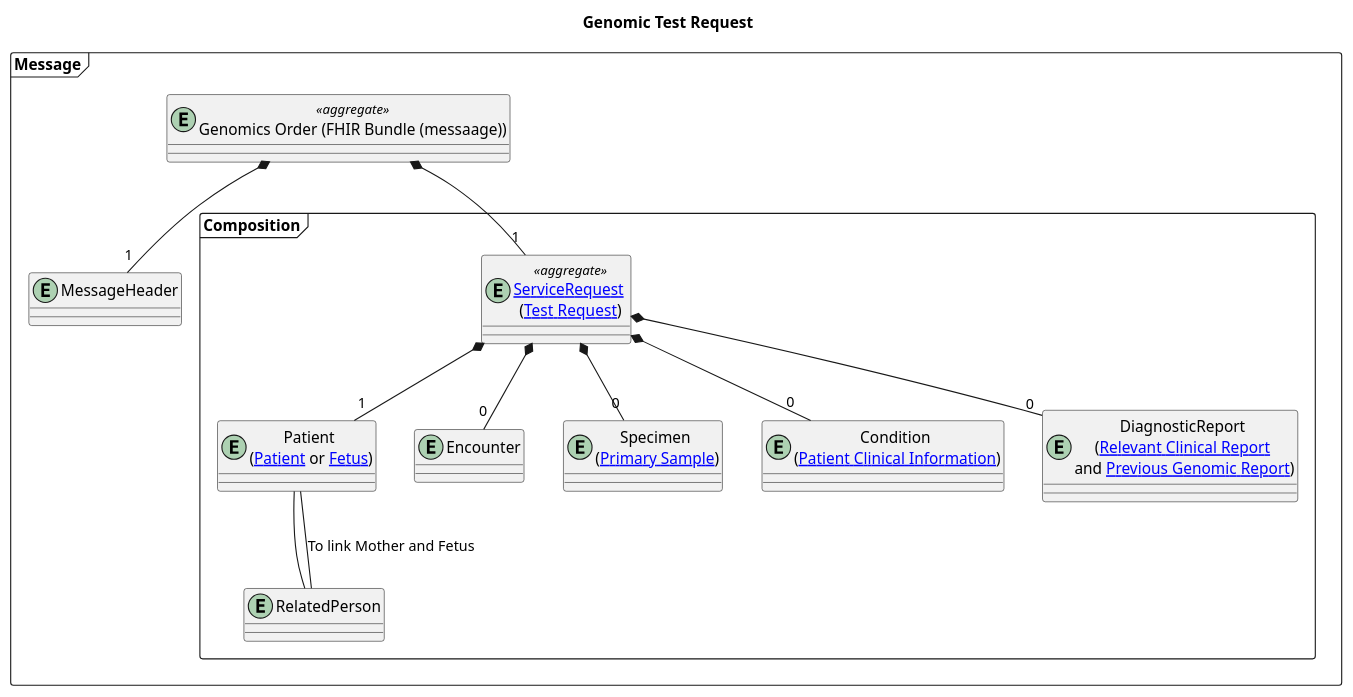
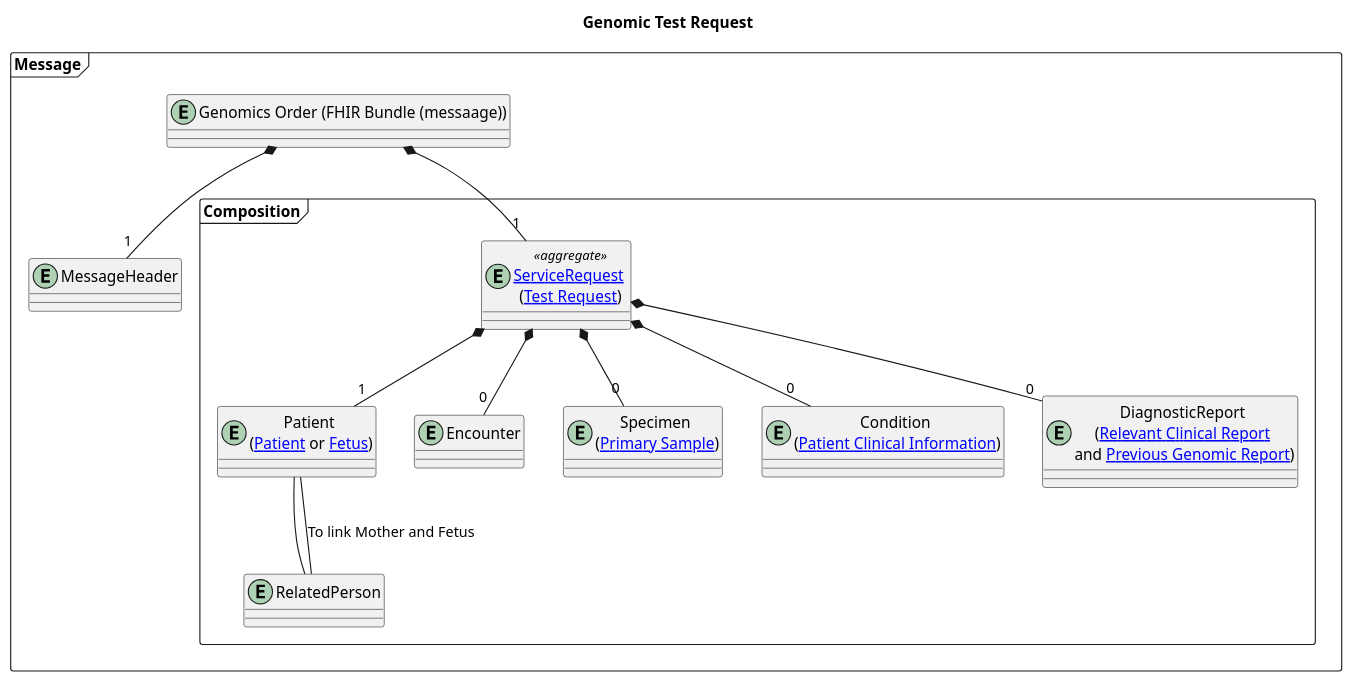
The diagram in input/images-source/orders-model.plantuml (nw-gmsa/nw-gmsa.github.com), drawn with PlantUML before and after one commit. The commit also changed 1 other file, not shown here.

Commit message:
Added entity model

```diff
--- a/input/images-source/orders-model.plantuml
+++ b/input/images-source/orders-model.plantuml
@@ -1,37 +1,37 @@
 @startuml
 
 title "Genomic Test Request"
 
 frame Message {
-entity "Genomics Order (FHIR Bundle (messaage))" as oml  <<aggregate>>
+entity "Genomics Order (FHIR Bundle (messaage))" as oml
 
 entity "MessageHeader" as MSH
 
   frame Composition {
     entity "Patient \n([[https://simplifier.net/guide/fhir-genomics-implementation-guide/Home/Design/Clinicalheadings#Patient Patient]] or [[https://simplifier.net/guide/fhir-genomics-implementation-guide/Home/Design/Clinicalheadings#Fetus Fetus]])" as PID
 
     entity "Encounter" as PV1
 
     entity "[[StructureDefinition-ServiceRequest.html ServiceRequest]] \n([[https://simplifier.net/guide/fhir-genomics-implementation-guide/Home/Design/Clinicalheadings#Test-Request Test Request]])" as ORC <<aggregate>>
 
     entity "Specimen \n([[https://simplifier.net/guide/fhir-genomics-implementation-guide/Home/Design/Clinicalheadings#Primary-Sample Primary Sample]])" as SPM
 
     entity "Condition \n([[https://simplifier.net/guide/fhir-genomics-implementation-guide/Home/Design/Clinicalheadings#Patient-Clinical-Information Patient Clinical Information]])" as DG1
 
     entity "DiagnosticReport \n([[https://simplifier.net/guide/fhir-genomics-implementation-guide/Home/Design/Clinicalheadings#Relevant-Clinical-Report Relevant Clinical Report]] \nand [[https://simplifier.net/guide/fhir-genomics-implementation-guide/Home/Design/Clinicalheadings#Previous-Genomic-Report Previous Genomic Report]])" as OBX
 
     entity "RelatedPerson" as NK1
   }
 }
 
 oml *-- "1" MSH
 oml *-- "1" ORC
 ORC *-- "0" SPM
 ORC *-- "1" PID
 ORC *-- "0" PV1
 ORC *-- "0" DG1
 ORC *-- "0" OBX
 NK1 -- PID : To link Mother and Fetus
 PID -- NK1
 
 @enduml
```
